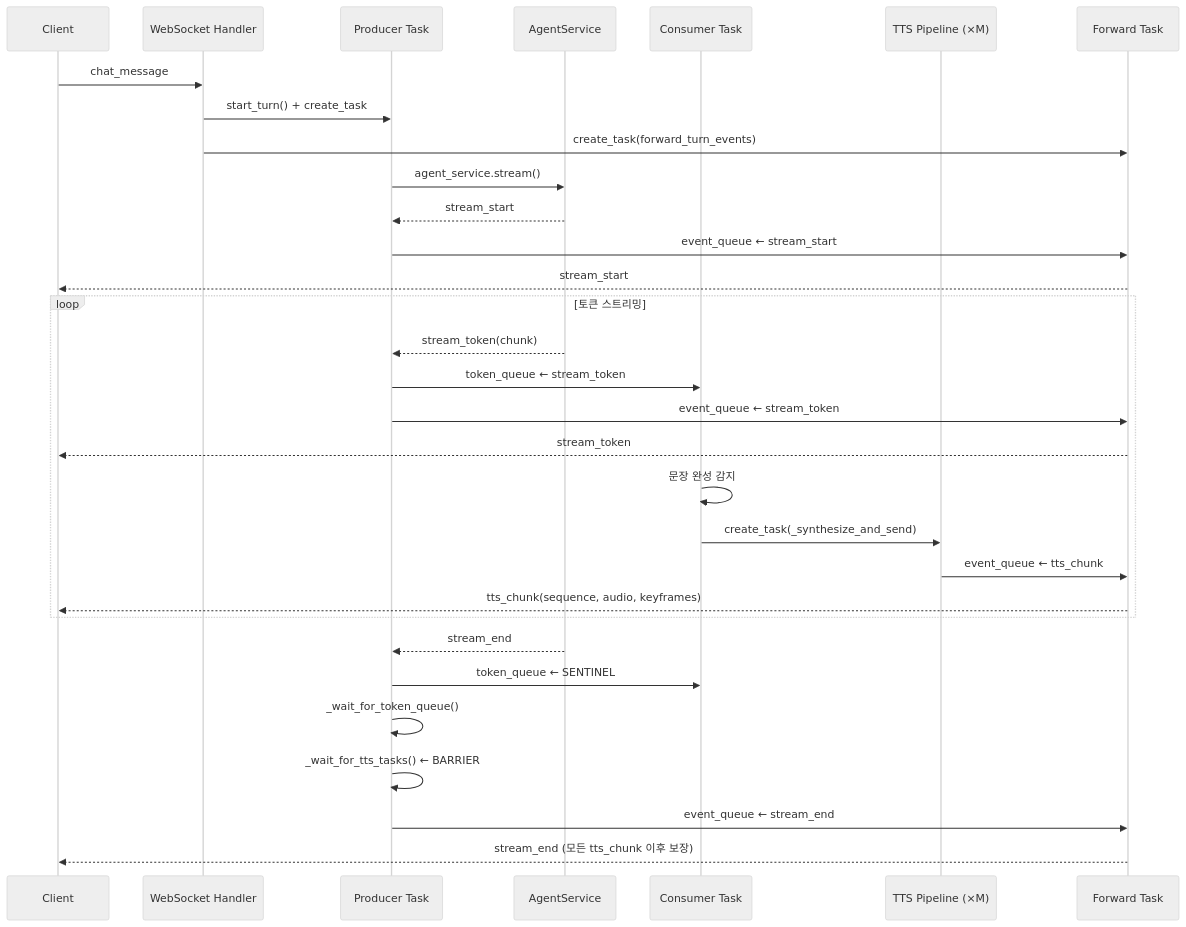
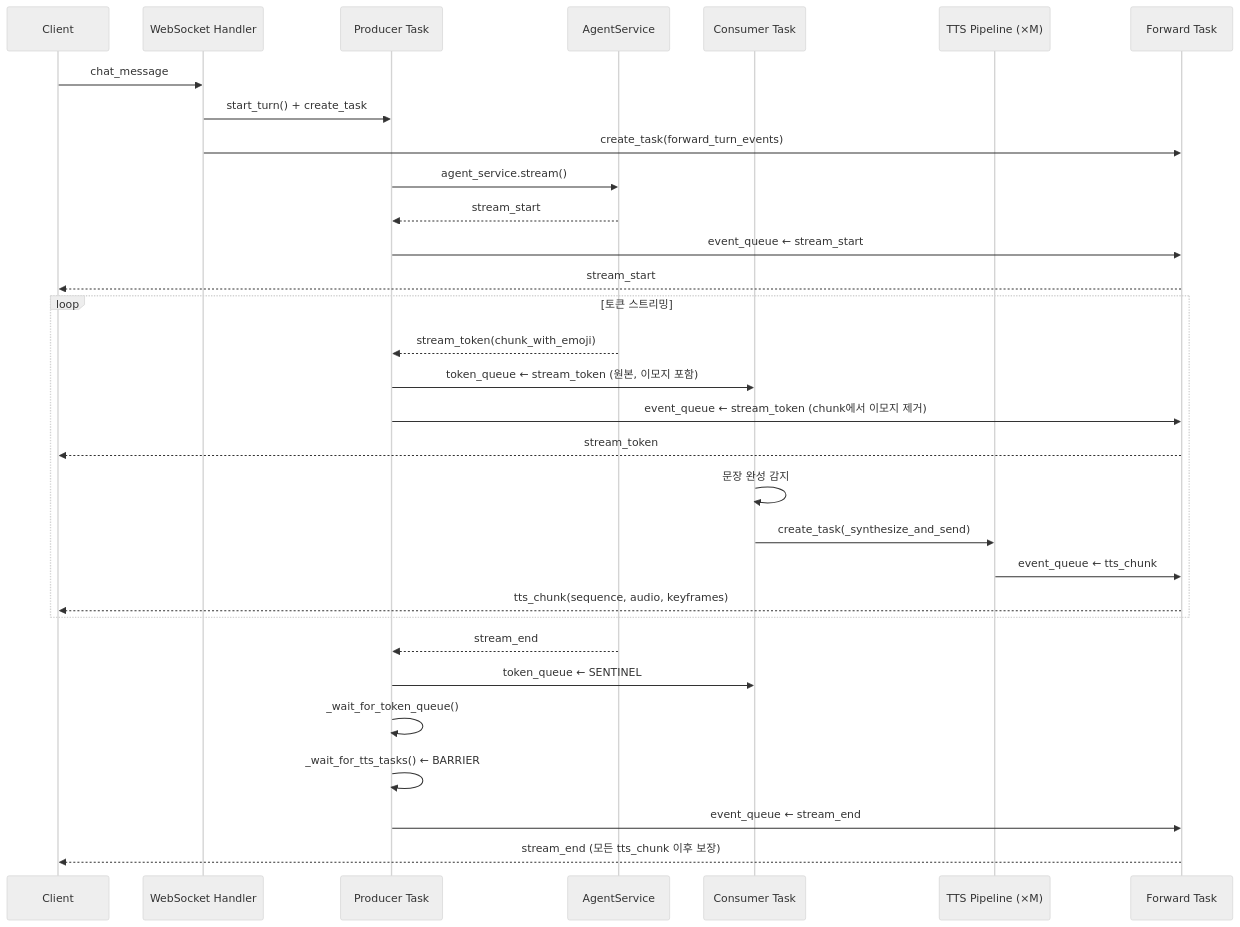
One commit to yw0nam/DesktopMatePlus changed the diagram in docs/data_flow/chat/STREAM_TOKEN_TTS_FLOW.md. Above: the diagram before and after it, drawn with Mermaid (neutral theme). The commit also changed other lines of this file and 7 other files, not shown here.

````diff
--- a/docs/data_flow/chat/STREAM_TOKEN_TTS_FLOW.md
+++ b/docs/data_flow/chat/STREAM_TOKEN_TTS_FLOW.md
@@ -97,38 +102,38 @@
 ```mermaid
 sequenceDiagram
     participant Client
     participant WS as WebSocket Handler
     participant Prod as Producer Task
     participant Agent as AgentService
     participant Cons as Consumer Task
     participant TTS as TTS Pipeline (×M)
     participant FWD as Forward Task
 
     Client->>WS: chat_message
     WS->>Prod: start_turn() + create_task
     WS->>FWD: create_task(forward_turn_events)
 
     Prod->>Agent: agent_service.stream()
     Agent-->>Prod: stream_start
     Prod->>FWD: event_queue ← stream_start
     FWD-->>Client: stream_start
 
     loop 토큰 스트리밍
-        Agent-->>Prod: stream_token(chunk)
-        Prod->>Cons: token_queue ← stream_token
-        Prod->>FWD: event_queue ← stream_token
+        Agent-->>Prod: stream_token(chunk_with_emoji)
+        Prod->>Cons: token_queue ← stream_token (원본, 이모지 포함)
+        Prod->>FWD: event_queue ← stream_token (chunk에서 이모지 제거)
         FWD-->>Client: stream_token
 
         Cons->>Cons: 문장 완성 감지
         Cons->>TTS: create_task(_synthesize_and_send)
         TTS->>FWD: event_queue ← tts_chunk
         FWD-->>Client: tts_chunk(sequence, audio, keyframes)
     end
 
     Agent-->>Prod: stream_end
     Prod->>Cons: token_queue ← SENTINEL
     Prod->>Prod: _wait_for_token_queue()
     Prod->>Prod: _wait_for_tts_tasks() ← BARRIER
     Prod->>FWD: event_queue ← stream_end
     FWD-->>Client: stream_end (모든 tts_chunk 이후 보장)
 ```
````
